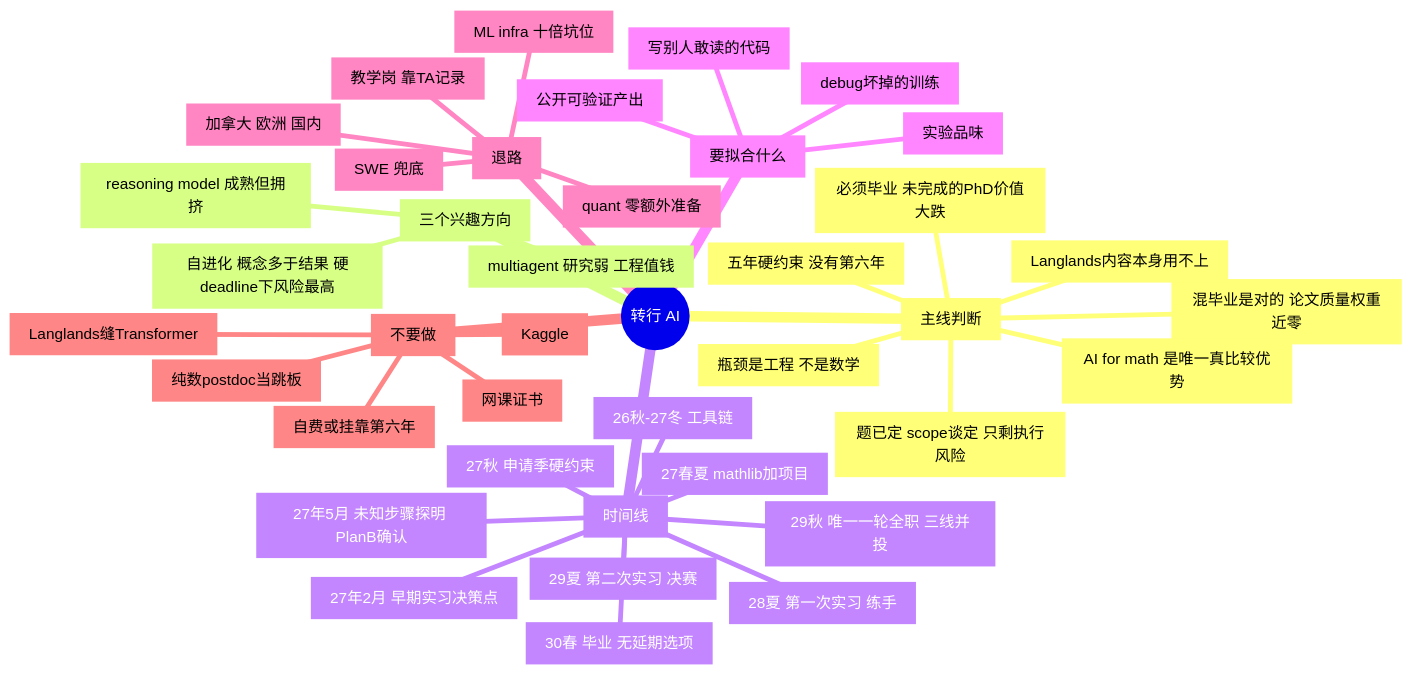
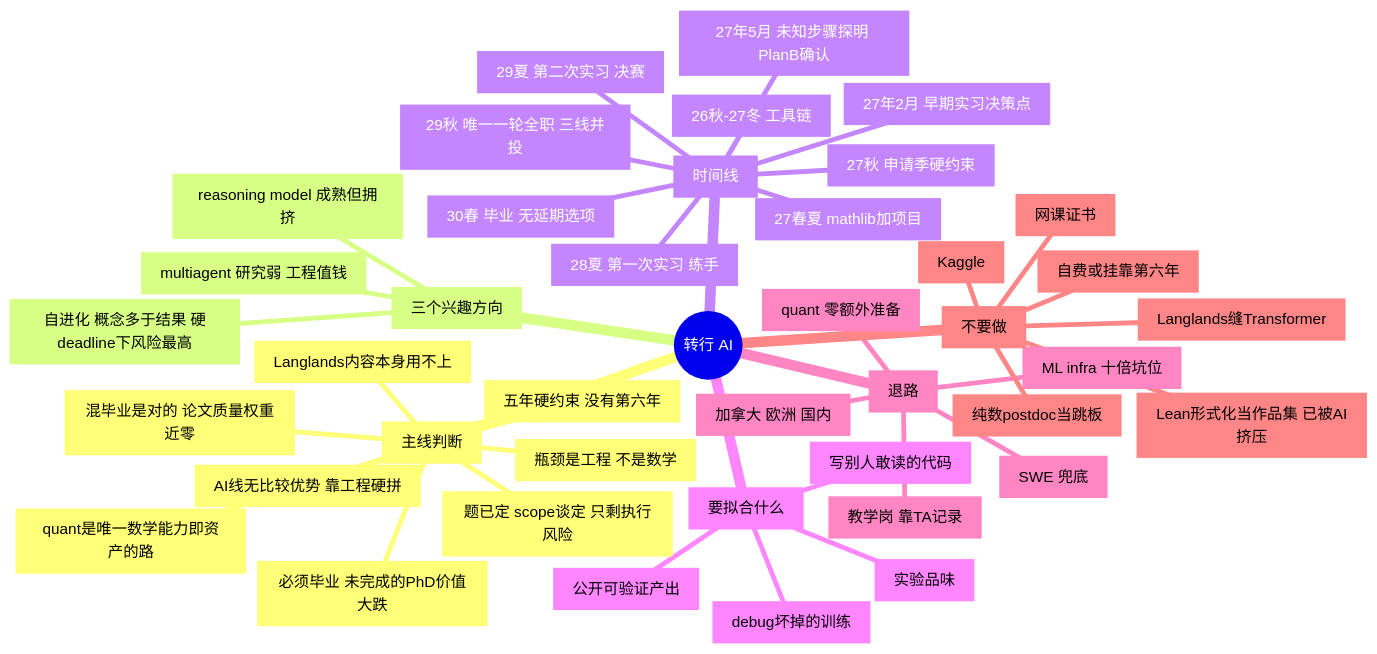
Before and after one commit to houjunc-cloud/Digital-Garden: the diagram in content/daily/2026-09-08.md, drawn with Mermaid. The commit also changed other lines of this file, not shown here.

````diff
--- a/content/daily/2026-09-08.md
+++ b/content/daily/2026-09-08.md
@@ -36,43 +36,45 @@
 ```mermaid
 mindmap
   root(("转行 AI"))
     ["主线判断"]
       ["五年硬约束 没有第六年"]
       ["题已定 scope谈定 只剩执行风险"]
       ["混毕业是对的 论文质量权重近零"]
       ["必须毕业 未完成的PhD价值大跌"]
       ["瓶颈是工程 不是数学"]
-      ["AI for math 是唯一真比较优势"]
+      ["quant是唯一数学能力即资产的路"]
+      ["AI线无比较优势 靠工程硬拼"]
       ["Langlands内容本身用不上"]
     ["三个兴趣方向"]
       ["reasoning model 成熟但拥挤"]
       ["自进化 概念多于结果 硬deadline下风险最高"]
       ["multiagent 研究弱 工程值钱"]
     ["时间线"]
       ["26秋-27冬 工具链"]
       ["27年2月 早期实习决策点"]
       ["27年5月 未知步骤探明 PlanB确认"]
       ["27春夏 mathlib加项目"]
       ["27秋 申请季硬约束"]
       ["28夏 第一次实习 练手"]
       ["29夏 第二次实习 决赛"]
       ["29秋 唯一一轮全职 三线并投"]
       ["30春 毕业 无延期选项"]
     ["要拟合什么"]
       ["写别人敢读的代码"]
       ["debug坏掉的训练"]
       ["实验品味"]
       ["公开可验证产出"]
     ["退路"]
       ["quant 零额外准备"]
       ["ML infra 十倍坑位"]
       ["加拿大 欧洲 国内"]
       ["教学岗 靠TA记录"]
       ["SWE 兜底"]
     ["不要做"]
       ["网课证书"]
       ["Kaggle"]
       ["纯数postdoc当跳板"]
+      ["Lean形式化当作品集 已被AI挤压"]
       ["Langlands缝Transformer"]
       ["自费或挂靠第六年"]
 ```
````
